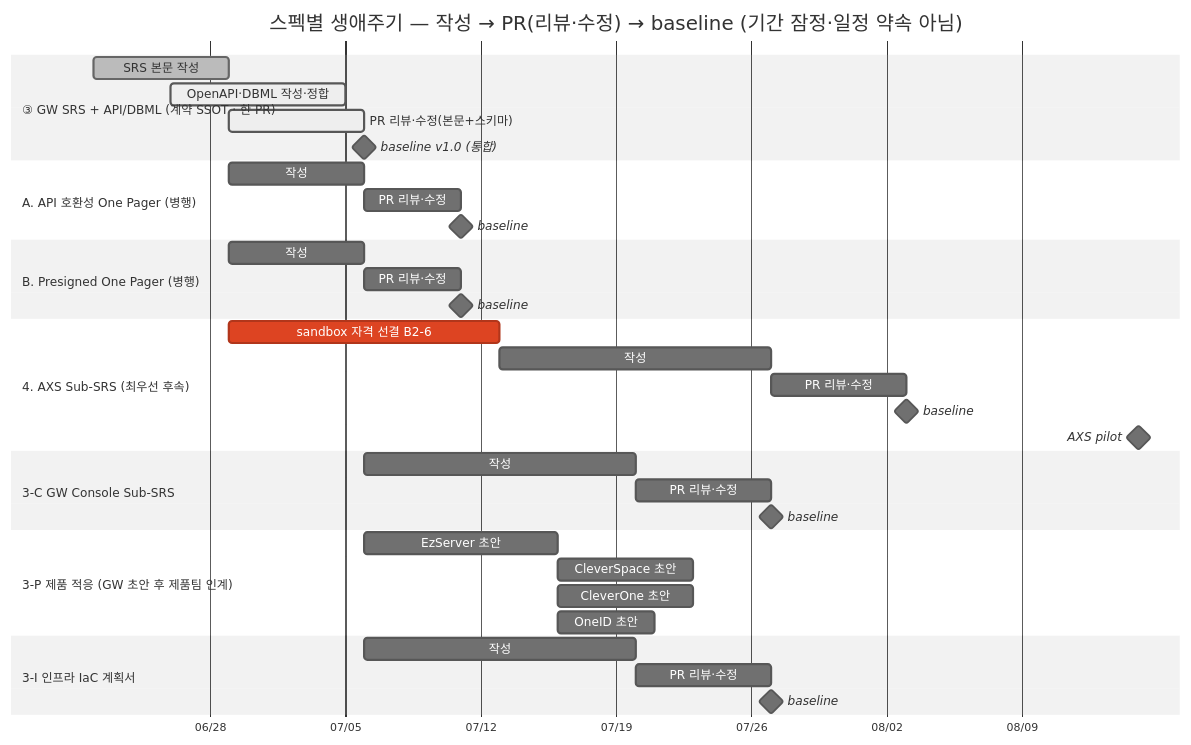
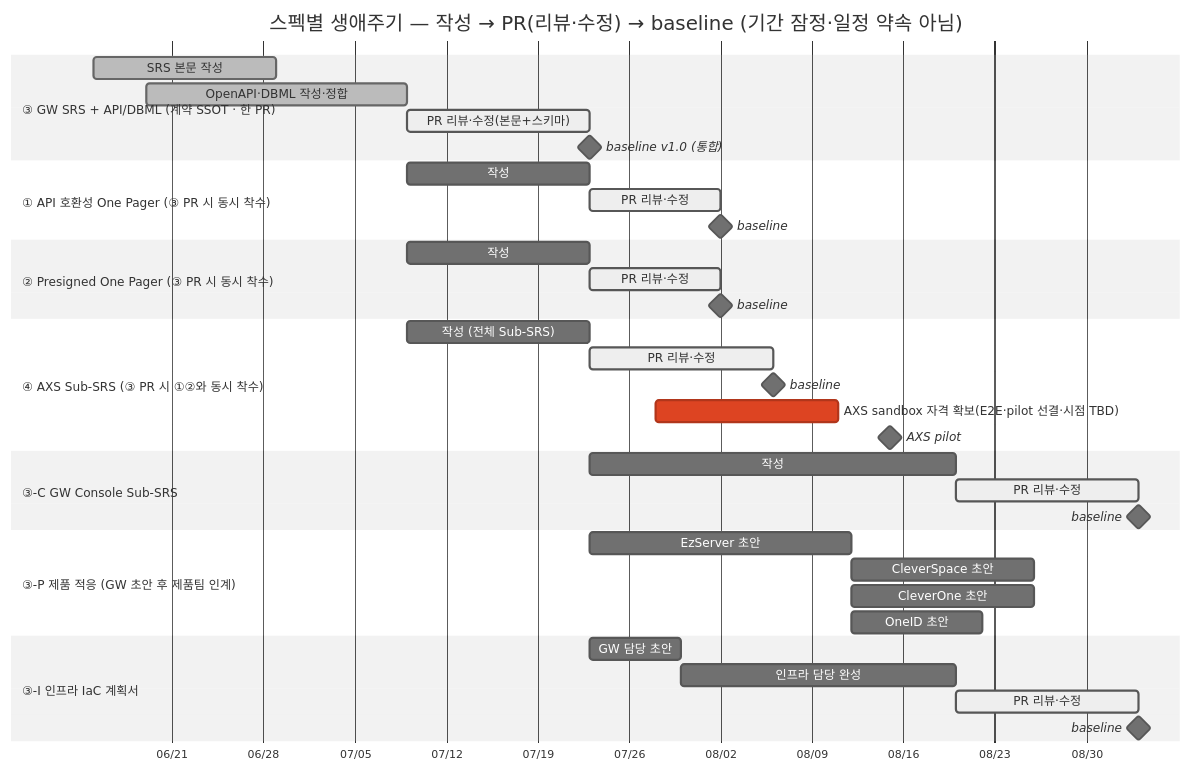
One commit to gracegyu/scp-architecture changed diagram 14 of 14 in docs/VT_API_Gateway/08.VT_API_Gateway/VT API Gateway — PRD (v2)/VT API Gateway — 개발 Roadmap 결정.md. Above: the diagram before and after it, drawn with Mermaid (neutral theme). The commit also changed other lines of this file and 1 other file, not shown here.

Commit message:
문서 업데이트: VT API Gateway의 주간회의 아젠다에 스펙 작성 순서 및 Gantt 차트를 추가하여 스펙 생애주기를 명확히 하였으며, 개발 로드맵 문서에서 각 스펙의 작성 및 PR 단계에 대한 세부 사항을 보강하여 문서의 정합성을 높였습니다.

````diff
--- a/docs/VT_API_Gateway/08.VT_API_Gateway/VT API Gateway — PRD (v2)/VT API Gateway — 개발 Roadmap 결정.md
+++ b/docs/VT_API_Gateway/08.VT_API_Gateway/VT API Gateway — PRD (v2)/VT API Gateway — 개발 Roadmap 결정.md
@@ -698,46 +698,47 @@
 ```mermaid
 gantt
     title 스펙별 생애주기 — 작성 → PR(리뷰·수정) → baseline (기간 잠정·일정 약속 아님)
     dateFormat YYYY-MM-DD
     axisFormat %m/%d
     todayMarker off
 
     section ③ GW SRS + API/DBML (계약 SSOT · 한 PR)
-    SRS 본문 작성            :done, srsw, 2026-06-22, 7d
-    OpenAPI·DBML 작성·정합   :active, designw, 2026-06-26, 9d
-    PR 리뷰·수정(본문+스키마) :active, srspr, 2026-06-29, 7d
+    SRS 본문 작성            :done, srsw, 2026-06-15, 14d
+    OpenAPI·DBML 작성·정합   :done, designw, 2026-06-19, 20d
+    PR 리뷰·수정(본문+스키마) :active, srspr, 2026-07-09, 14d
     baseline v1.0 (통합)     :milestone, srsbl, after srspr, 0d
 
-    section A. API 호환성 One Pager (병행)
-    작성                  :op1w, 2026-06-29, 7d
-    PR 리뷰·수정          :op1pr, after op1w, 5d
+    section ① API 호환성 One Pager (③ PR 시 동시 착수)
+    작성                  :op1w, 2026-07-09, 14d
+    PR 리뷰·수정          :active, op1pr, after op1w, 10d
     baseline              :milestone, op1bl, after op1pr, 0d
 
-    section B. Presigned One Pager (병행)
-    작성                  :op2w, 2026-06-29, 7d
-    PR 리뷰·수정          :op2pr, after op2w, 5d
+    section ② Presigned One Pager (③ PR 시 동시 착수)
+    작성                  :op2w, 2026-07-09, 14d
+    PR 리뷰·수정          :active, op2pr, after op2w, 10d
     baseline              :milestone, op2bl, after op2pr, 0d
 
-    section 4. AXS Sub-SRS (최우선 후속)
-    sandbox 자격 선결 B2-6 :crit, cred, 2026-06-29, 14d
-    작성                  :axsw, after srsbl cred, 14d
-    PR 리뷰·수정          :axspr, after axsw, 7d
+    section ④ AXS Sub-SRS (③ PR 시 ①②와 동시 착수)
+    작성 (전체 Sub-SRS)    :axsw, 2026-07-09, 14d
+    PR 리뷰·수정          :active, axspr, after axsw, 14d
     baseline              :milestone, axsbl, after axspr, 0d
+    AXS sandbox 자격 확보(E2E·pilot 선결·시점 TBD) :crit, cred, 2026-07-28, 14d
     AXS pilot             :milestone, pilot, 2026-08-15, 0d
 
-    section 3-C GW Console Sub-SRS
-    작성                  :conw, after srsbl, 14d
-    PR 리뷰·수정          :conpr, after conw, 7d
+    section ③-C GW Console Sub-SRS
+    작성                  :conw, after srsbl, 28d
+    PR 리뷰·수정          :active, conpr, after conw, 14d
     baseline              :milestone, conbl, after conpr, 0d
 
-    section 3-P 제품 적응 (GW 초안 후 제품팀 인계)
-    EzServer 초안         :ezw, after srsbl, 10d
-    CleverSpace 초안      :csw, after ezw, 7d
-    CleverOne 초안        :cow, after ezw, 7d
-    OneID 초안            :oidw, after ezw, 5d
+    section ③-P 제품 적응 (GW 초안 후 제품팀 인계)
+    EzServer 초안         :ezw, after srsbl, 20d
+    CleverSpace 초안      :csw, after ezw, 14d
+    CleverOne 초안        :cow, after ezw, 14d
+    OneID 초안            :oidw, after ezw, 10d
 
-    section 3-I 인프라 IaC 계획서
-    작성                  :infw, after srsbl, 14d
-    PR 리뷰·수정          :infpr, after infw, 7d
+    section ③-I 인프라 IaC 계획서
+    GW 담당 초안          :infw1, after srsbl, 7d
+    인프라 담당 완성       :infw2, after infw1, 21d
+    PR 리뷰·수정          :active, infpr, after infw2, 14d
     baseline              :milestone, infbl, after infpr, 0d
 ```
````
